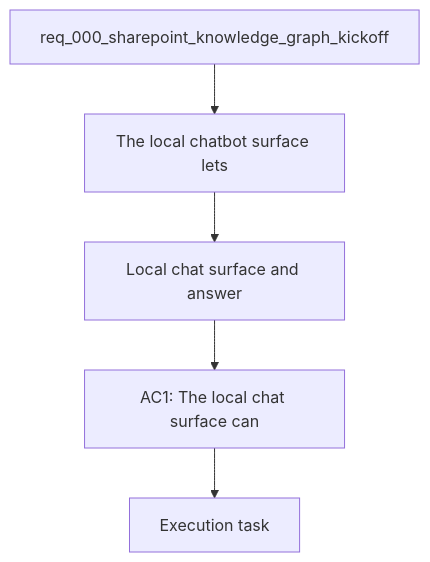
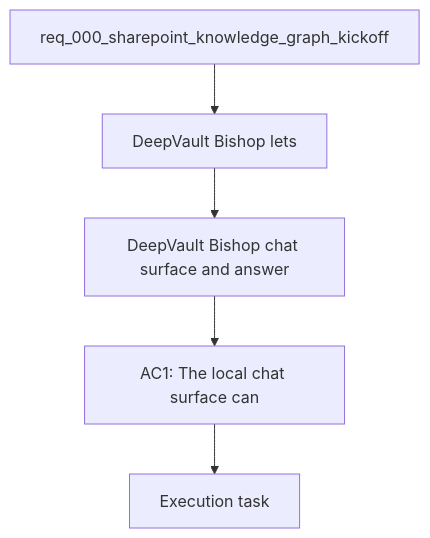
One commit to AlexAgo83/deepvault changed the diagram in logics/backlog/item_009_local_chat_surface_and_answer_flow.md. Above: the diagram before and after it, drawn with Mermaid. The commit also changed other lines of this file and 21 other files, not shown here.

Commit message:
Update DeepVault naming and Azure hosting docs

````diff
--- a/logics/backlog/item_009_local_chat_surface_and_answer_flow.md
+++ b/logics/backlog/item_009_local_chat_surface_and_answer_flow.md
@@ -21,9 +21,9 @@
 ```mermaid
 %% logics-kind: backlog
-%% logics-signature: backlog|local-chat-surface-and-answer-flow|req-000-sharepoint-knowledge-graph-kicko|the-local-chatbot-surface-lets-users|ac1-the-local-chat-surface-can
+%% logics-signature: backlog|deepvault-bishop-chat-surface-and-answer|req-000-sharepoint-knowledge-graph-kicko|deepvault-bishop-lets-users-ask|ac1-deepvault-bishop-can-ask
 flowchart TD
-    Request[req_000_sharepoint_knowledge_graph_kickoff] --> Problem[The local chatbot surface lets]
-    Problem --> Scope[Local chat surface and answer]
+    Request[req_000_sharepoint_knowledge_graph_kickoff] --> Problem[DeepVault Bishop lets]
+    Problem --> Scope[DeepVault Bishop chat surface and answer]
     Scope --> Acceptance[AC1: The local chat surface can]
     Acceptance --> Tasks[Execution task]
 ```
````
